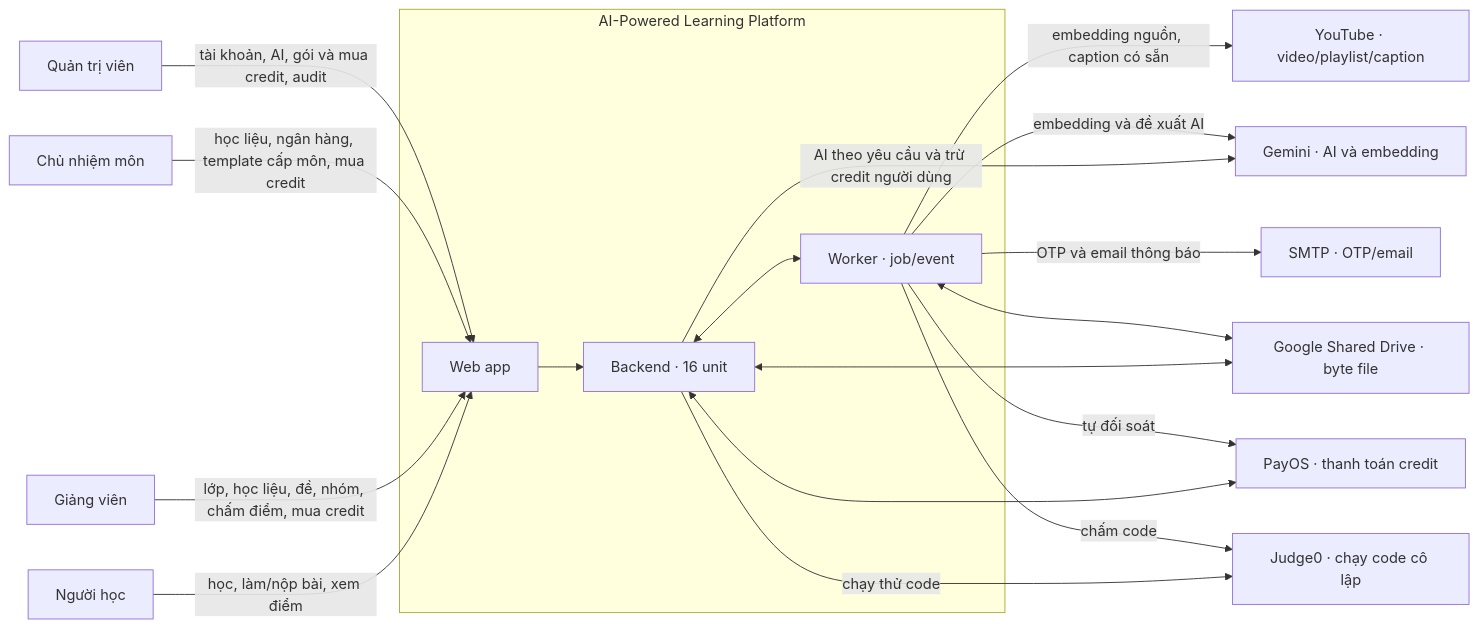
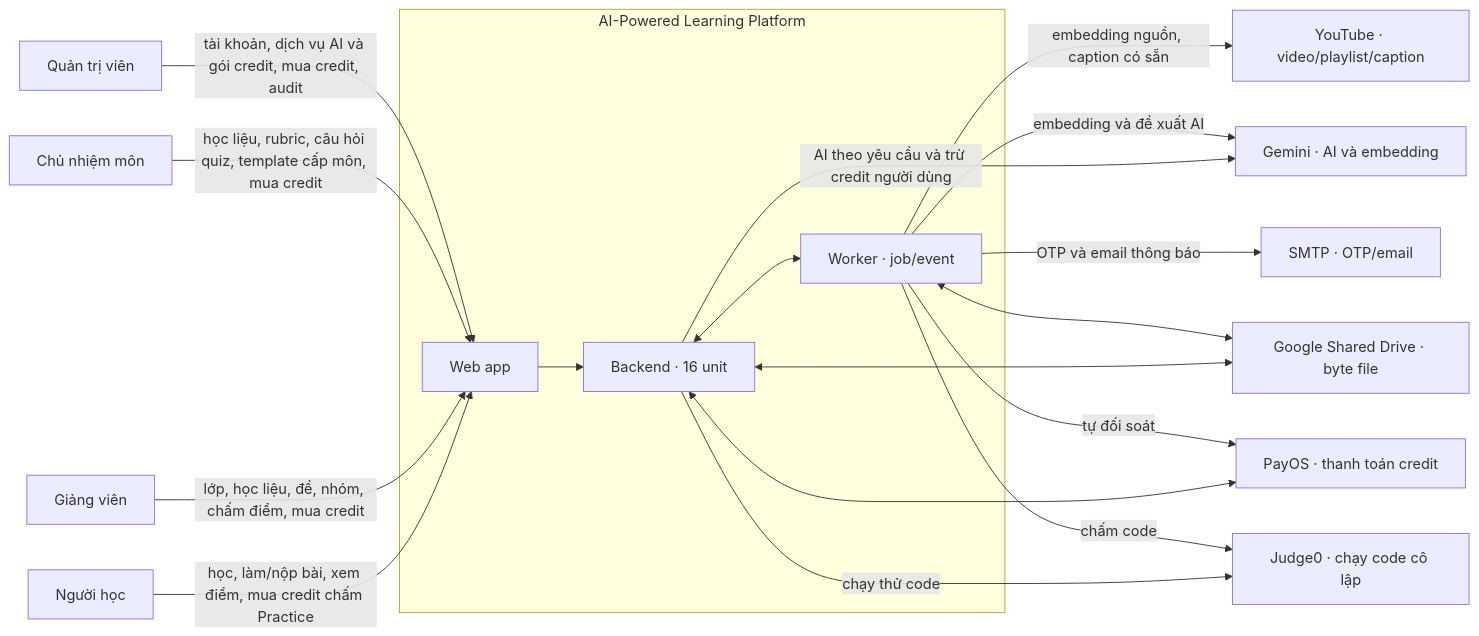
The diagram in docs/context-diagram.md (hygef-v4/AI-Powered-Learning-Platform), drawn with Mermaid before and after one commit. The commit also changed other lines of this file and 4 other files, not shown here.

````diff
--- a/docs/context-diagram.md
+++ b/docs/context-diagram.md
@@ -5,34 +5,34 @@
 ```mermaid
 flowchart LR
     learner["Người học"]
     teacher["Giảng viên"]
     manager["Chủ nhiệm môn"]
     admin["Quản trị viên"]
     subgraph platform["AI-Powered Learning Platform"]
         web["Web app"]
         backend["Backend · 16 unit"]
         worker["Worker · job/event"]
         web --> backend
         backend <--> worker
     end
     ai["Gemini · AI và embedding"]
     youtube["YouTube · video/playlist/caption"]
     drive["Google Shared Drive · byte file"]
     payos["PayOS · thanh toán credit"]
     smtp["SMTP · OTP/email"]
     judge["Judge0 · chạy code cô lập"]
-    learner -->|"học, làm/nộp bài, xem điểm"| web
+    learner -->|"học, làm/nộp bài, xem điểm, mua credit chấm Practice"| web
     teacher -->|"lớp, học liệu, đề, nhóm, chấm điểm, mua credit"| web
-    manager -->|"học liệu, ngân hàng, template cấp môn, mua credit"| web
-    admin -->|"tài khoản, AI, gói và mua credit, audit"| web
+    manager -->|"học liệu, rubric, câu hỏi quiz, template cấp môn, mua credit"| web
+    admin -->|"tài khoản, dịch vụ AI và gói credit, mua credit, audit"| web
     backend -->|"AI theo yêu cầu và trừ credit người dùng"| ai
     worker -->|"embedding nguồn, caption có sẵn"| youtube
     worker -->|"embedding và đề xuất AI"| ai
     backend <--> drive
     worker <--> drive
     backend <--> payos
     worker -->|"tự đối soát"| payos
     worker -->|"OTP và email thông báo"| smtp
     backend -->|"chạy thử code"| judge
     worker -->|"chấm code"| judge
 ```
````
